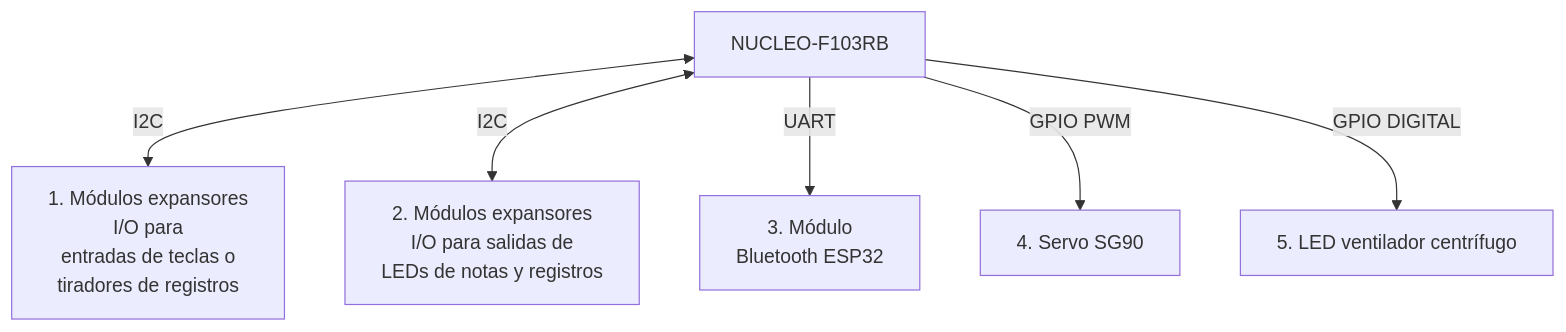
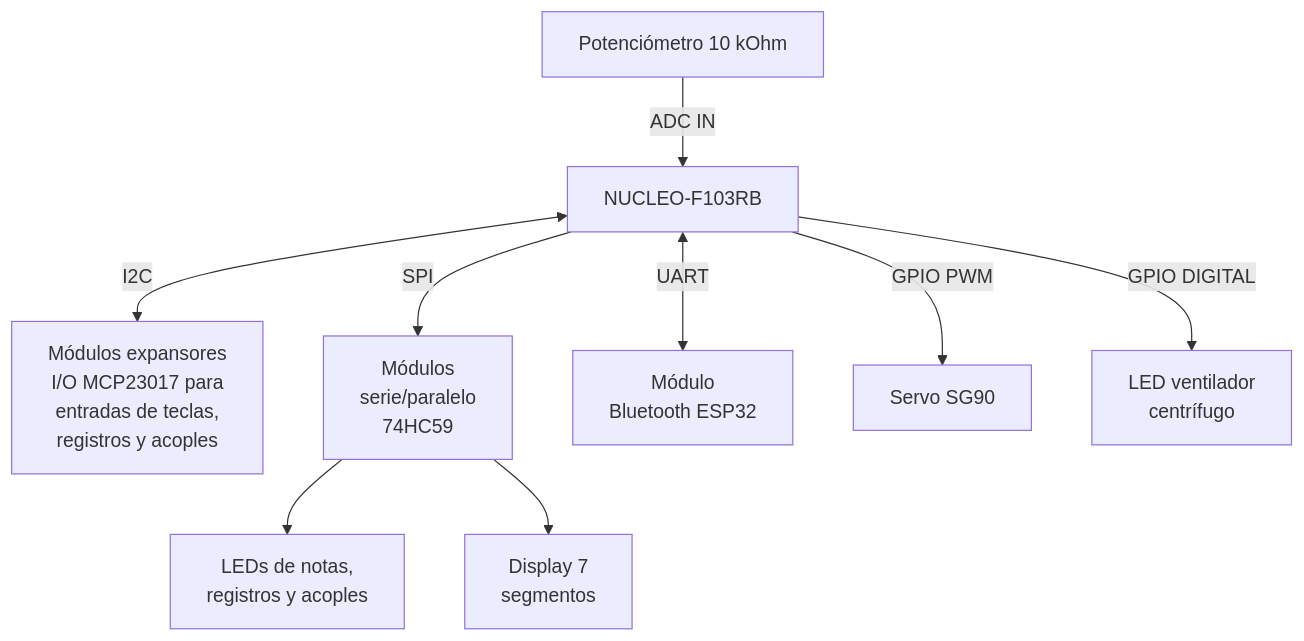
One commit to mpdcfiuba/tdse-tf_3-4 changed the diagram in Readme.md. Above: the diagram before and after it, drawn with Mermaid. The commit also changed other lines of this file and 1 other file, not shown here.

````diff
--- a/Readme.md
+++ b/Readme.md
@@ -103,20 +112,28 @@
 ```mermaid
 flowchart TD
-  A[NUCLEO-F103RB]
-
-  A <-->|I2C| B["1. Módulos expansores
-  I/O para
-  entradas de teclas o
-  tiradores de registros"]
-
-  A <-->|I2C| C["2. Módulos expansores
-  I/O para salidas de
-  LEDs de notas y registros"]
-
-  A -->|UART| D["3. Módulo
-   Bluetooth ESP32"]
-
-  A -->|GPIO PWM| E["4. Servo SG90"]
-
-  A -->|GPIO DIGITAL| F["5. LED ventilador centrífugo"]
+	A[NUCLEO-F103RB]
+	
+	A <-->|I2C| B["Módulos expansores
+	I/O MCP23017 para
+	entradas de teclas,
+	registros y acoples"]
+	
+	A -->|SPI| C["Módulos
+	serie/paralelo
+	74HC59"]
+	
+	A <-->|UART| D["Módulo
+	Bluetooth ESP32"]
+	E["Potenciómetro 10 kOhm"] -->|ADC IN| A
+	
+	A -->|GPIO PWM| F["Servo SG90"]
+	
+	A -->|GPIO DIGITAL| G["LED ventilador
+	centrífugo"]
+	
+	C --> H["LEDs de notas,
+	registros y acoples"]
+	
+	C --> I["Display 7
+	segmentos"]
 ```
````
